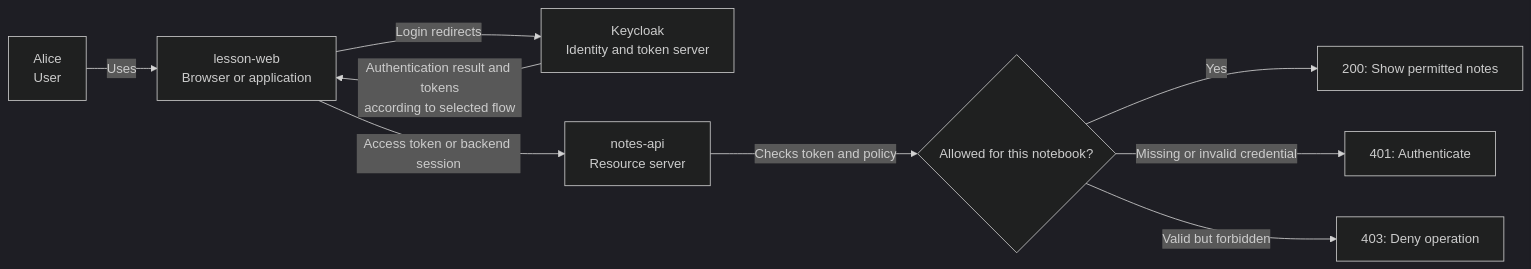
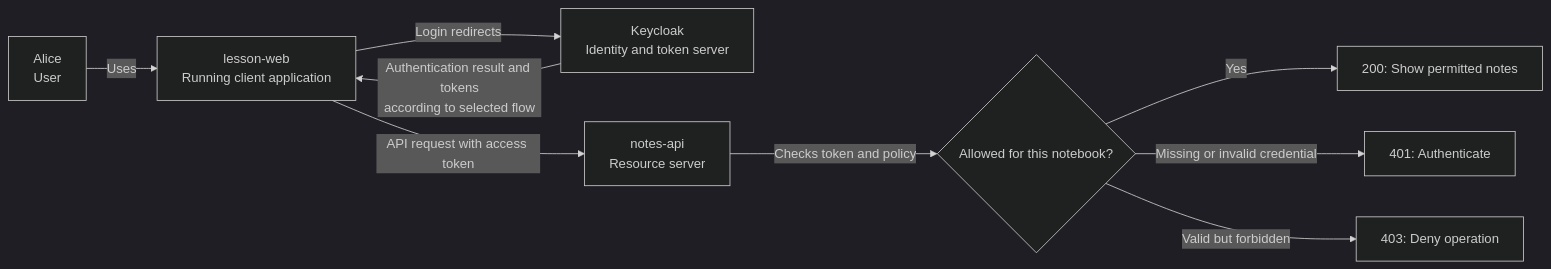
The first of 6 diagrams in docs/01-keycloak-fundamentals.md (MSKazemi/security), drawn with Mermaid (dark theme) before and after one commit.

Commit message:
Clarify application to API trust boundary and verify animation pilots

````diff
--- a/docs/01-keycloak-fundamentals.md
+++ b/docs/01-keycloak-fundamentals.md
@@ -16,11 +16,11 @@
 ```mermaid
 flowchart LR
-    U["Alice<br/>User"] -->|"Uses"| B["lesson-web<br/>Browser or application"]
+    U["Alice<br/>User"] -->|"Uses"| B["lesson-web<br/>Running client application"]
     B -->|"Login redirects"| K["Keycloak<br/>Identity and token server"]
     K -->|"Authentication result and tokens<br/>according to selected flow"| B
-    B -->|"Access token or backend session"| API["notes-api<br/>Resource server"]
+    B -->|"API request with access token"| API["notes-api<br/>Resource server"]
     API -->|"Checks token and policy"| DEC{"Allowed for this notebook?"}
     DEC -->|"Yes"| OK["200: Show permitted notes"]
     DEC -->|"Missing or invalid credential"| NO["401: Authenticate"]
     DEC -->|"Valid but forbidden"| DENY["403: Deny operation"]
 ```
````
